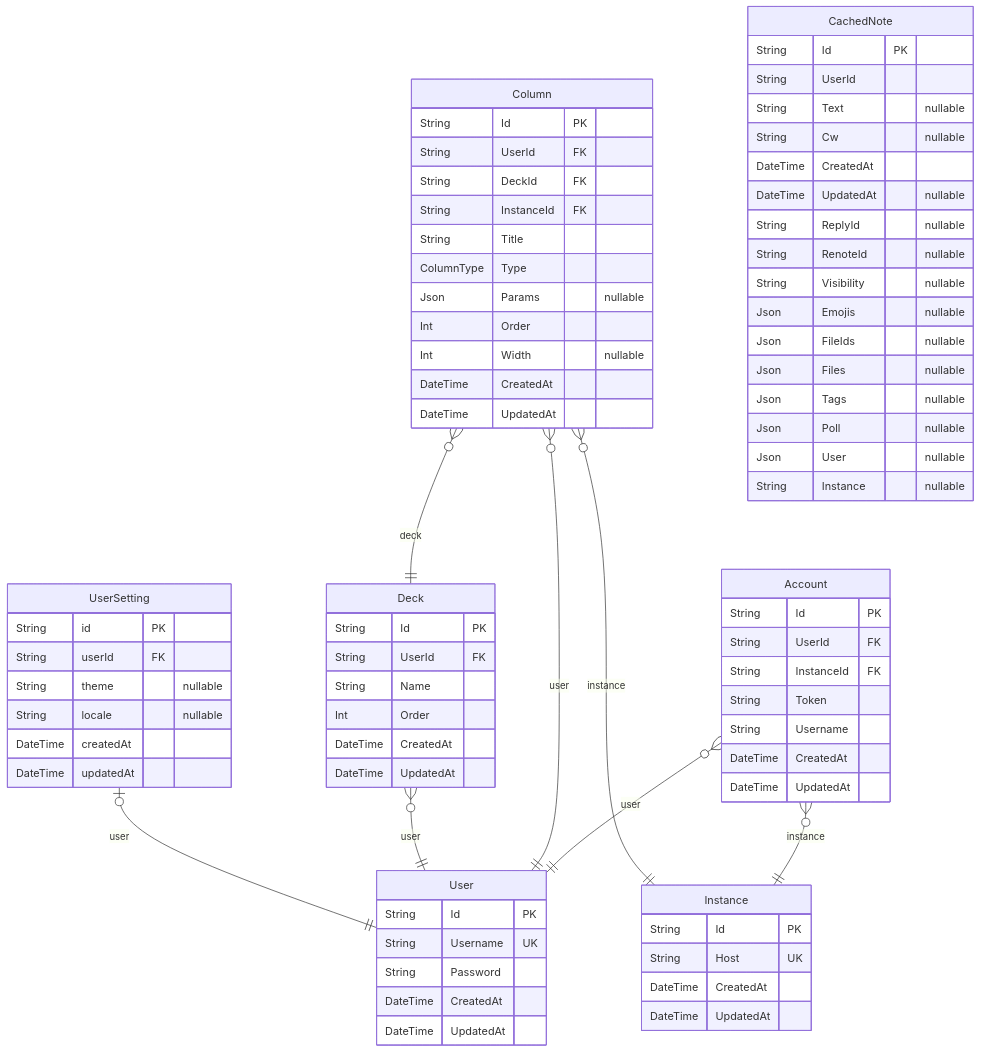
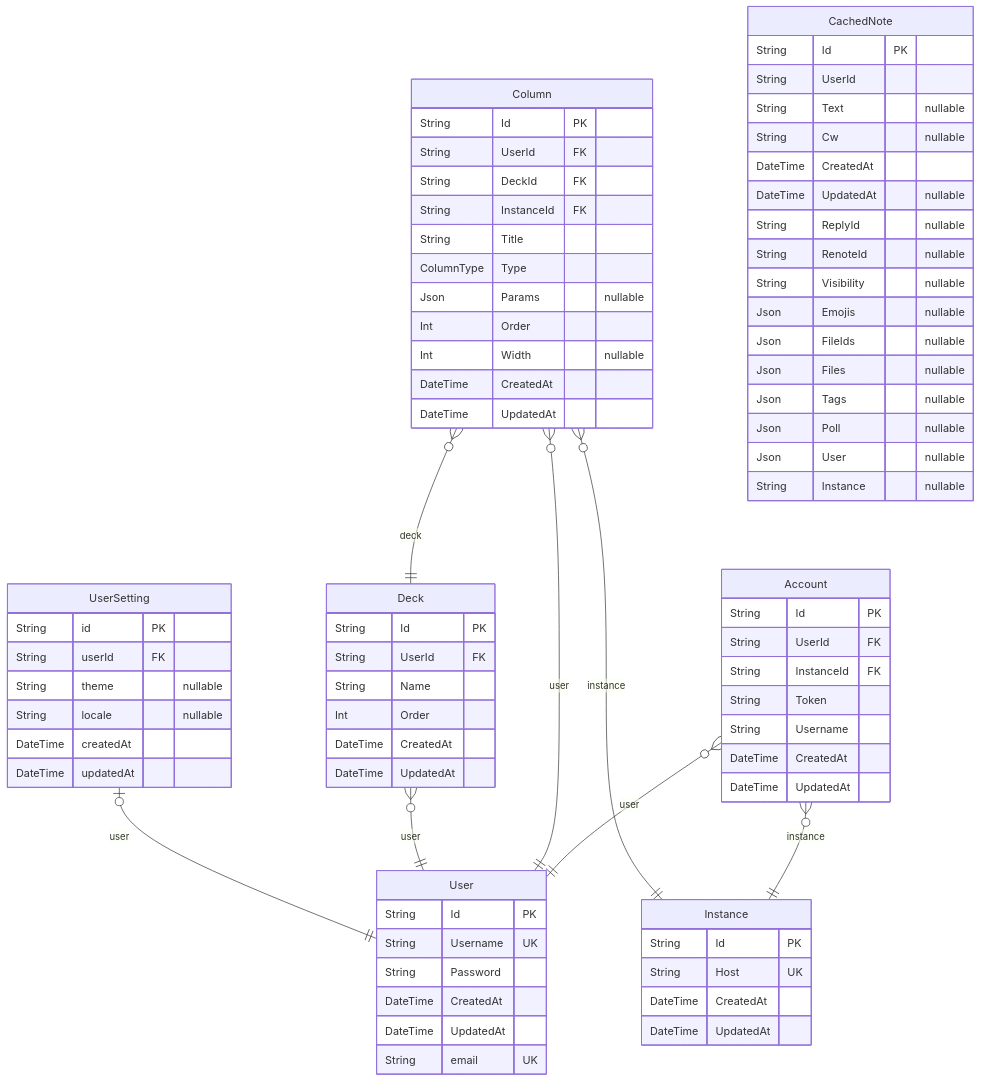
Before and after one commit to mochi-sann/mi-deck: the diagram in apps/server/prisma/ERD.md, drawn with Mermaid. The commit also changed other lines of this file and 6 other files, not shown here.

````diff
--- a/apps/server/prisma/ERD.md
+++ b/apps/server/prisma/ERD.md
@@ -7,79 +7,80 @@
 ```mermaid
 erDiagram
 "User" {
   String Id PK
   String Username UK
   String Password
   DateTime CreatedAt
   DateTime UpdatedAt
+  String email UK
 }
 "Account" {
   String Id PK
   String UserId FK
   String InstanceId FK
   String Token
   String Username
   DateTime CreatedAt
   DateTime UpdatedAt
 }
 "Instance" {
   String Id PK
   String Host UK
   DateTime CreatedAt
   DateTime UpdatedAt
 }
 "Column" {
   String Id PK
   String UserId FK
   String DeckId FK
   String InstanceId FK
   String Title
   ColumnType Type
   Json Params "nullable"
   Int Order
   Int Width "nullable"
   DateTime CreatedAt
   DateTime UpdatedAt
 }
 "Deck" {
   String Id PK
   String UserId FK
   String Name
   Int Order
   DateTime CreatedAt
   DateTime UpdatedAt
 }
 "CachedNote" {
   String Id PK
   String UserId
   String Text "nullable"
   String Cw "nullable"
   DateTime CreatedAt
   DateTime UpdatedAt "nullable"
   String ReplyId "nullable"
   String RenoteId "nullable"
   String Visibility "nullable"
   Json Emojis "nullable"
   Json FileIds "nullable"
   Json Files "nullable"
   Json Tags "nullable"
   Json Poll "nullable"
   Json User "nullable"
   String Instance "nullable"
 }
 "UserSetting" {
   String id PK
   String userId FK
   String theme "nullable"
   String locale "nullable"
   DateTime createdAt
   DateTime updatedAt
 }
 "Account" }o--|| "User" : user
 "Account" }o--|| "Instance" : instance
 "Column" }o--|| "User" : user
 "Column" }o--|| "Deck" : deck
 "Column" }o--|| "Instance" : instance
 "Deck" }o--|| "User" : user
 "UserSetting" |o--|| "User" : user
 ```
````
